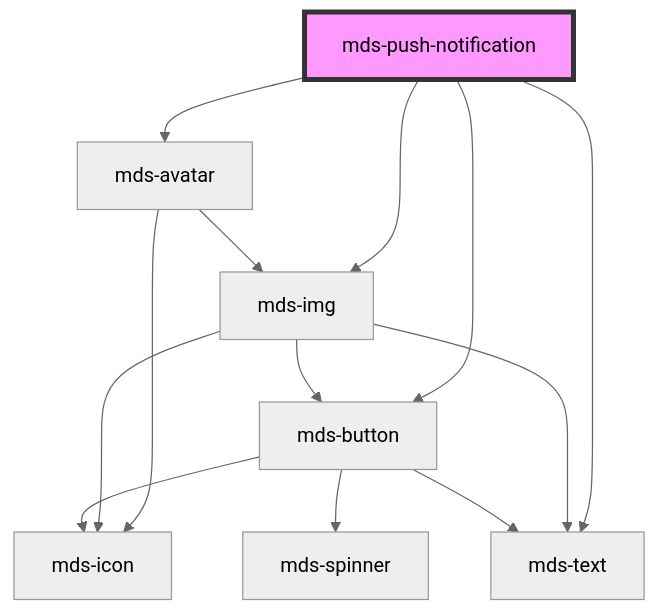
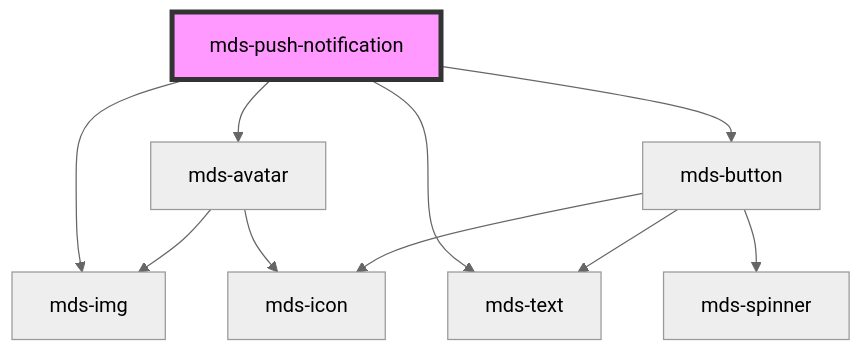
Before and after one commit to magma-design-system/magma: the diagram in projects/stencil/src/components/mds-push-notification/readme.md, drawn with Mermaid (neutral theme). The commit also changed 15 other files, not shown here.

````diff
--- a/projects/stencil/src/components/mds-push-notification/readme.md
+++ b/projects/stencil/src/components/mds-push-notification/readme.md
@@ -57,16 +57,13 @@
 ```mermaid
 graph TD;
   mds-push-notification --> mds-avatar
   mds-push-notification --> mds-img
   mds-push-notification --> mds-text
   mds-push-notification --> mds-button
   mds-avatar --> mds-img
   mds-avatar --> mds-icon
-  mds-img --> mds-icon
-  mds-img --> mds-text
-  mds-img --> mds-button
   mds-button --> mds-spinner
   mds-button --> mds-icon
   mds-button --> mds-text
   style mds-push-notification fill:#f9f,stroke:#333,stroke-width:4px
 ```
````
